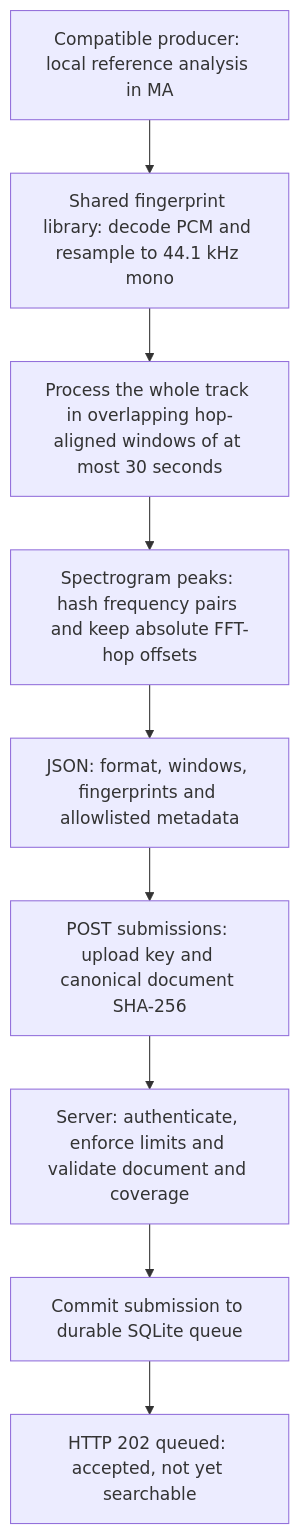
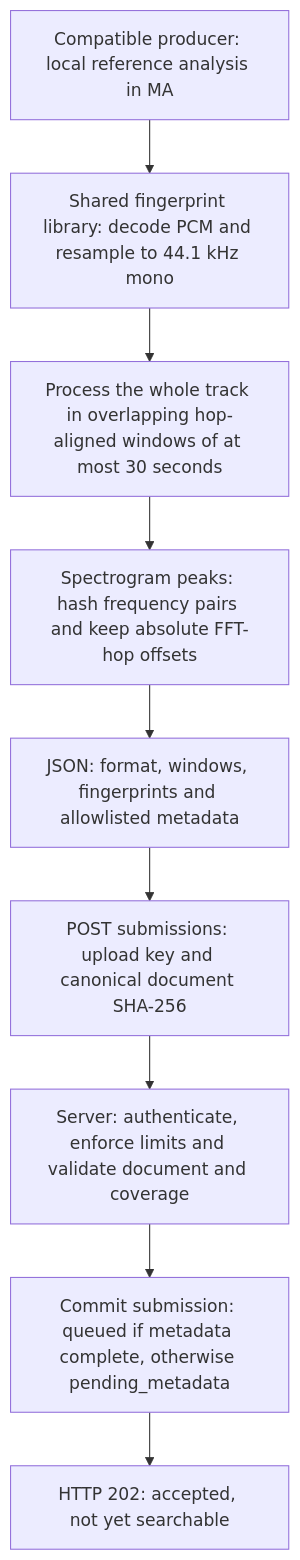
One commit to dmoo500/audio-fingerprint-server changed the first of 5 diagrams in README.md. Above: the diagram before and after it, drawn with Mermaid. The commit also changed other lines of this file and 10 other files, not shown here.

````diff
--- a/README.md
+++ b/README.md
@@ -34,11 +34,11 @@
 ```mermaid
 flowchart TD
     A["Compatible producer: local reference analysis in MA"] --> B["Shared fingerprint library: decode PCM and resample to 44.1 kHz mono"]
     B --> C["Process the whole track in overlapping hop-aligned windows of at most 30 seconds"]
     C --> D["Spectrogram peaks: hash frequency pairs and keep absolute FFT-hop offsets"]
     D --> E["JSON: format, windows, fingerprints and allowlisted metadata"]
     E --> F["POST submissions: upload key and canonical document SHA-256"]
     F --> G["Server: authenticate, enforce limits and validate document and coverage"]
-    G --> H["Commit submission to durable SQLite queue"]
-    H --> I["HTTP 202 queued: accepted, not yet searchable"]
+    G --> H["Commit submission: queued if metadata complete, otherwise pending_metadata"]
+    H --> I["HTTP 202: accepted, not yet searchable"]
 ```
````
